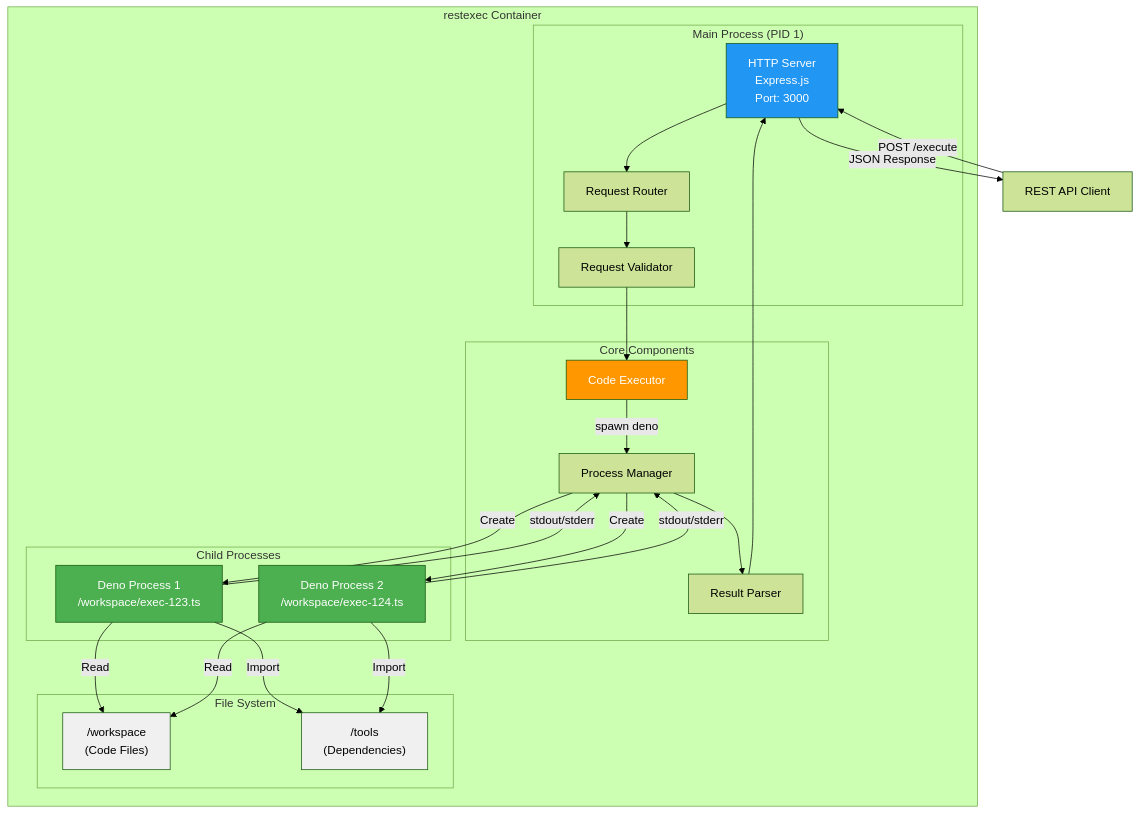
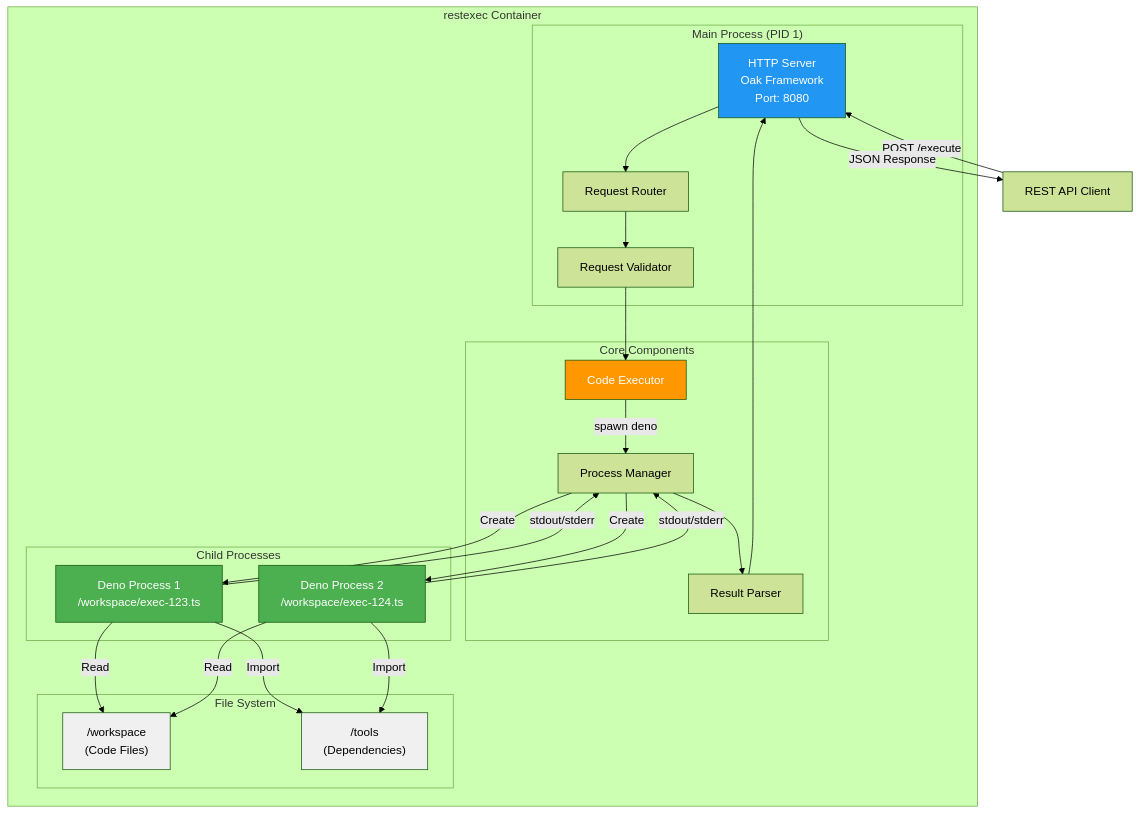
The diagram in README.md (khirotaka/restexec), drawn with Mermaid (forest theme) before and after one commit. The commit also changed other lines of this file and 7 other files, not shown here.

Commit message:
docs: Update README and specifications to reflect changes in server framework and configuration

````diff
--- a/README.md
+++ b/README.md
@@ -7,53 +7,53 @@
 ```mermaid
 graph TB
     subgraph "restexec Container"
         subgraph "Main Process (PID 1)"
-            HTTPServer["HTTP Server<br/>Express.js<br/>Port: 3000"]
+            HTTPServer["HTTP Server<br/>Oak Framework<br/>Port: 8080"]
             Router["Request Router"]
             Validator["Request Validator"]
         end
         
         subgraph "Core Components"
             Executor["Code Executor"]
             ProcessMgr["Process Manager"]
             ResultParser["Result Parser"]
         end
         
         subgraph "Child Processes"
             Deno1["Deno Process 1<br/>/workspace/exec-123.ts"]
             Deno2["Deno Process 2<br/>/workspace/exec-124.ts"]
         end
         
         subgraph "File System"
             Workspace["/workspace<br/>(Code Files)"]
             Tools["/tools<br/>(Dependencies)"]
         end
     end
     
     Client["REST API Client"] -->|POST /execute| HTTPServer
     HTTPServer --> Router
     Router --> Validator
     Validator --> Executor
     
     Executor -->|spawn deno| ProcessMgr
     ProcessMgr -->|Create| Deno1
     ProcessMgr -->|Create| Deno2
 
     Deno1 -->|Read| Workspace
     Deno1 -->|Import| Tools
     Deno2 -->|Read| Workspace
     Deno2 -->|Import| Tools
 
     Deno1 -->|stdout/stderr| ProcessMgr
     Deno2 -->|stdout/stderr| ProcessMgr
     ProcessMgr --> ResultParser
     ResultParser --> HTTPServer
     HTTPServer -->|JSON Response| Client
     
     style HTTPServer fill:#2196F3,color:#fff
     style Executor fill:#FF9800,color:#fff
     style Deno1 fill:#4CAF50,color:#fff
     style Deno2 fill:#4CAF50,color:#fff
     style Workspace fill:#f0f0f0
     style Tools fill:#f0f0f0
 ```
````
